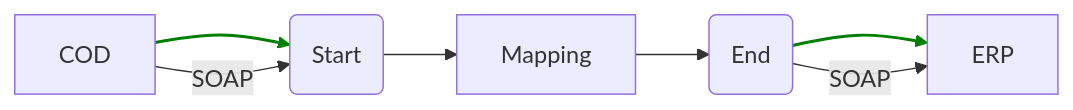
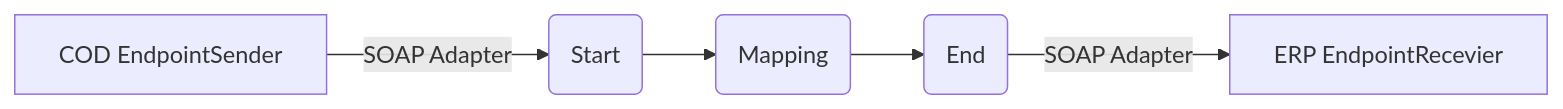
Before and after one commit to Avvale-IA-CICD/AvvaleCPI: the diagram in MMZ - Cell Iflows/Check_Connectivity_to_SAP_Business_Suite_MMZ-1.0.4/readme.md, drawn with Mermaid. The commit also changed other lines of this file, not shown here.

````diff
--- a/MMZ - Cell Iflows/Check_Connectivity_to_SAP_Business_Suite_MMZ-1.0.4/readme.md
+++ b/MMZ - Cell Iflows/Check_Connectivity_to_SAP_Business_Suite_MMZ-1.0.4/readme.md
@@ -4,11 +4,7 @@
 ```mermaid
 graph LR
-    COD[COD] --> StartEvent(Start)
-    linkStyle 0  stroke-width:2px,stroke:green;
-    StartEvent --> Mapping[Mapping]
-    Mapping --> EndEvent(End)
-    EndEvent --> ERP[ERP]
-    linkStyle 3 stroke-width:2px,stroke:green;
-    COD -- SOAP --> StartEvent
-    EndEvent -- SOAP --> ERP
+    COD[COD EndpointSender] -->|SOAP Adapter| StartEvent(Start)
+    StartEvent(Start) --> Mapping(Mapping)
+    Mapping(Mapping) --> EndEvent(End)
+    EndEvent(End) -->|SOAP Adapter| ERP[ERP EndpointRecevier]
 ```
````
